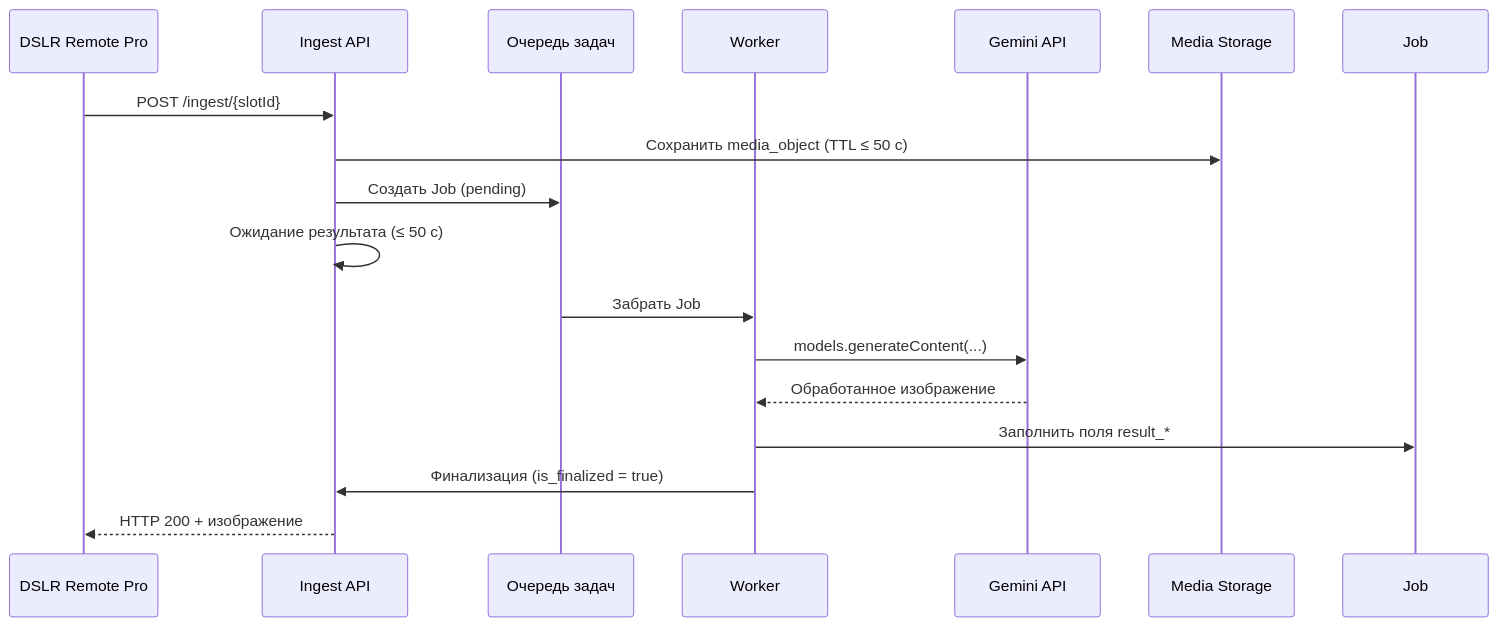
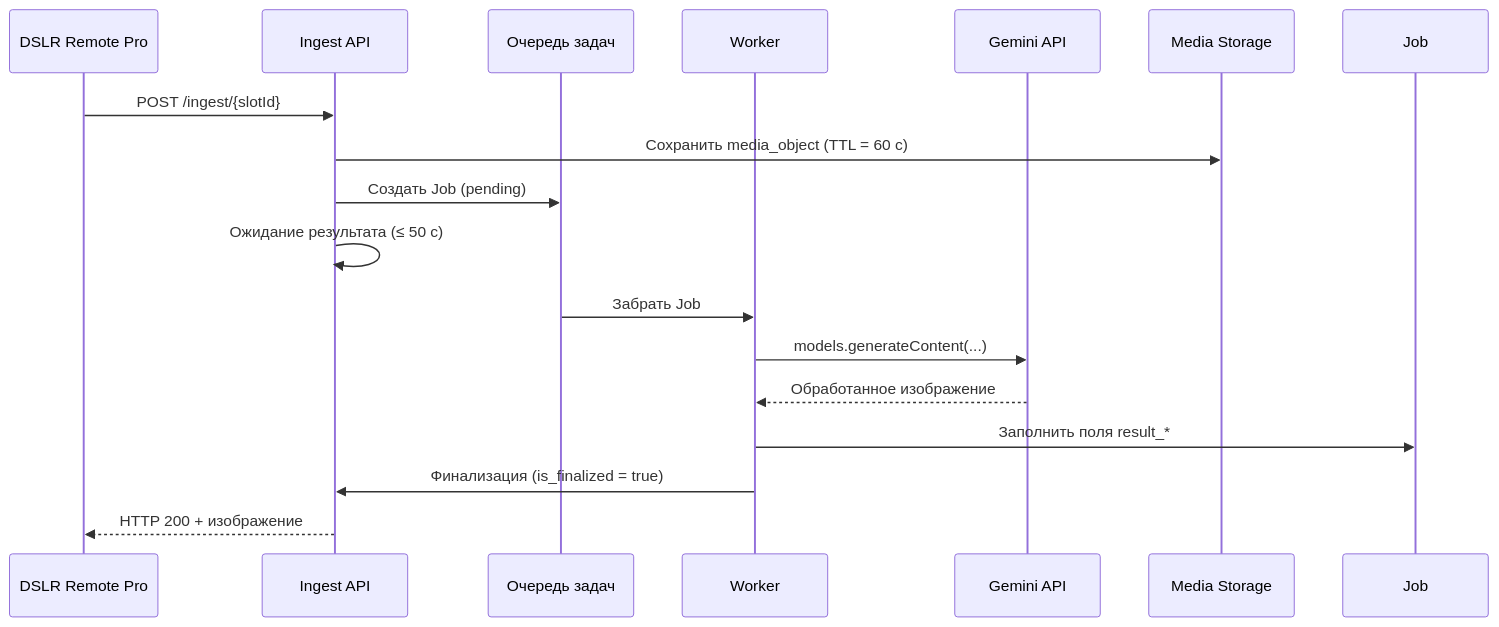
Before and after one commit to nicelight/PhotoChanger_25: the first of 2 diagrams in spec/docs/blueprints/use-cases.md, drawn with Mermaid. The commit also changed 3 other files, not shown here.

````diff
--- a/spec/docs/blueprints/use-cases.md
+++ b/spec/docs/blueprints/use-cases.md
@@ -29,20 +29,20 @@
 ```mermaid
 sequenceDiagram
     participant DSLR as DSLR Remote Pro
     participant API as Ingest API
     participant Queue as Очередь задач
     participant Worker as Worker
     participant Gemini as Gemini API
     participant Storage as Media Storage
 
     DSLR->>API: POST /ingest/{slotId}
-    API->>Storage: Сохранить media_object (TTL ≤ 50 c)
+    API->>Storage: Сохранить media_object (TTL = 60 c)
     API->>Queue: Создать Job (pending)
     API->>API: Ожидание результата (≤ 50 c)
     Queue->>Worker: Забрать Job
     Worker->>Gemini: models.generateContent(...)
     Gemini-->>Worker: Обработанное изображение
     Worker->>Job: Заполнить поля result_*
     Worker->>API: Финализация (is_finalized = true)
     API-->>DSLR: HTTP 200 + изображение
 ```
````
